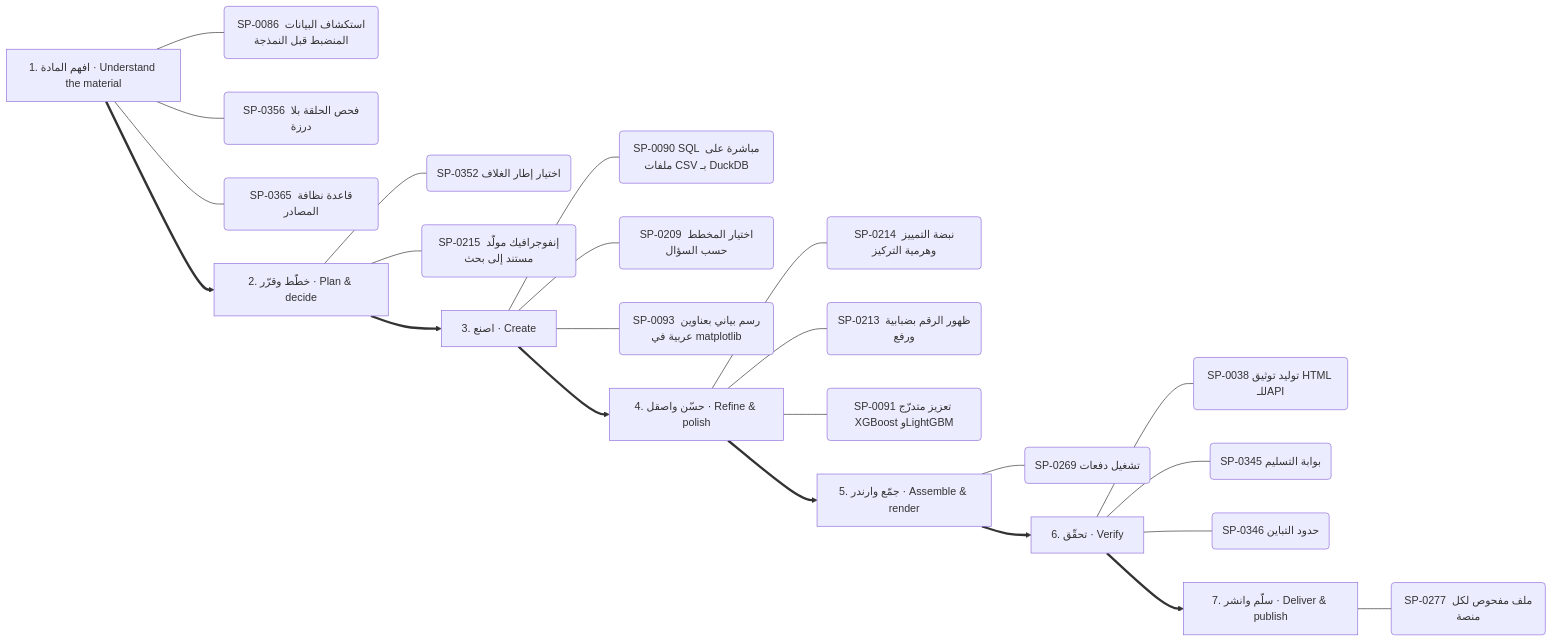
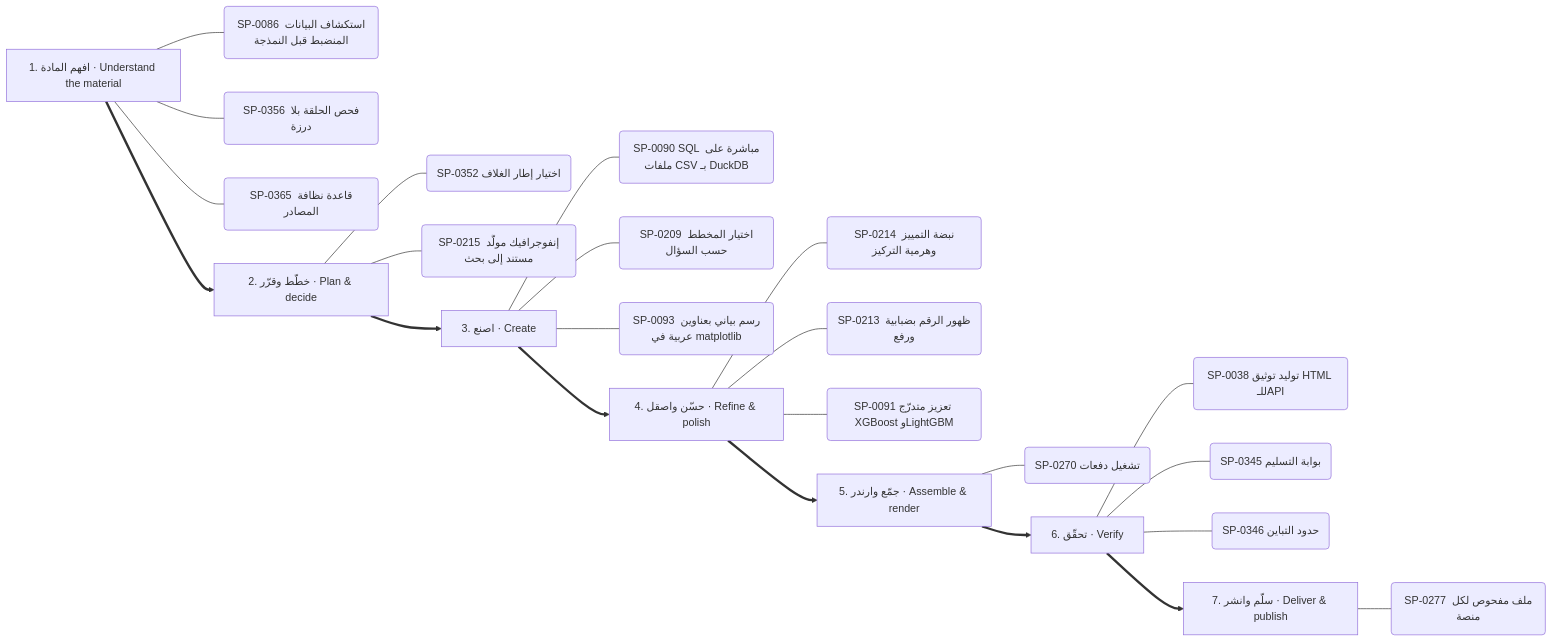
Diagram 12 of 13 in .claude/skills/kosif-superpowers/references/capability-mindmap.md (kosif199022-jpg/kosif-tool), drawn with Mermaid before and after one commit. The commit also changed other lines of this file and 98 other files, not shown here.

````diff
--- a/.claude/skills/kosif-superpowers/references/capability-mindmap.md
+++ b/.claude/skills/kosif-superpowers/references/capability-mindmap.md
@@ -591,32 +591,32 @@
 ```mermaid
 flowchart LR
   S0["1. افهم المادة · Understand the material"]
   S0 --- S0_0("SP-0086 استكشاف البيانات المنضبط قبل النمذجة")
   S0 --- S0_1("SP-0356 فحص الحلقة بلا درزة")
   S0 --- S0_2("SP-0365 قاعدة نظافة المصادر")
   S1["2. خطّط وقرّر · Plan & decide"]
   S1 --- S1_0("SP-0352 اختيار إطار الغلاف")
   S1 --- S1_1("SP-0215 إنفوجرافيك مولَّد مستند إلى بحث")
   S0 ==> S1
   S2["3. اصنع · Create"]
   S2 --- S2_0("SP-0090 SQL مباشرة على ملفات CSV بـ DuckDB")
   S2 --- S2_1("SP-0209 اختيار المخطط حسب السؤال")
   S2 --- S2_2("SP-0093 رسم بياني بعناوين عربية في matplotlib")
   S1 ==> S2
   S3["4. حسّن واصقل · Refine & polish"]
   S3 --- S3_0("SP-0214 نبضة التمييز وهرمية التركيز")
   S3 --- S3_1("SP-0213 ظهور الرقم بضبابية ورفع")
   S3 --- S3_2("SP-0091 تعزيز متدرّج XGBoost وLightGBM")
   S2 ==> S3
   S4["5. جمّع وارندر · Assemble & render"]
-  S4 --- S4_0("SP-0269 تشغيل دفعات")
+  S4 --- S4_0("SP-0270 تشغيل دفعات")
   S3 ==> S4
   S5["6. تحقّق · Verify"]
   S5 --- S5_0("SP-0038 توليد توثيق HTML للـAPI")
   S5 --- S5_1("SP-0345 بوابة التسليم")
   S5 --- S5_2("SP-0346 حدود التباين")
   S4 ==> S5
   S6["7. سلّم وانشر · Deliver & publish"]
   S6 --- S6_0("SP-0277 ملف مفحوص لكل منصة")
   S5 ==> S6
 ```
````
